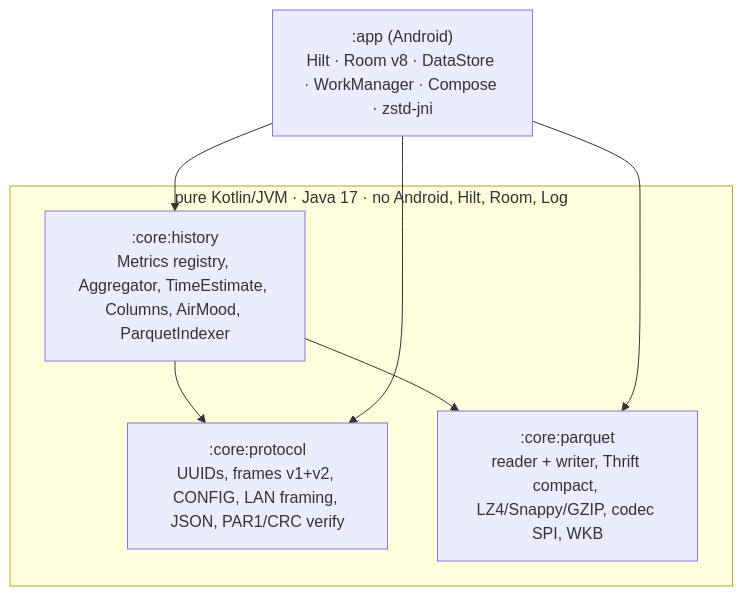
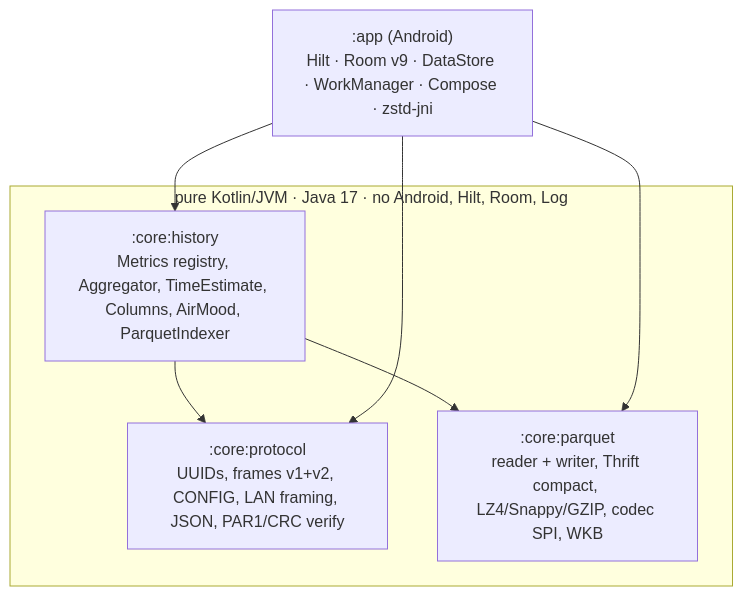
One commit to walkthru-earth/opensensor-space-mobile changed the first of 2 diagrams in docs/architecture.md. Above: the diagram before and after it, drawn with Mermaid. The commit also changed other lines of this file and 74 other files, not shown here.

````diff
--- a/docs/architecture.md
+++ b/docs/architecture.md
@@ -9,14 +9,14 @@
 ```mermaid
 flowchart TB
   subgraph pure["pure Kotlin/JVM · Java 17 · no Android, Hilt, Room, Log"]
     PR[":core:protocol<br/>UUIDs, frames v1+v2, CONFIG, LAN framing, JSON, PAR1/CRC verify"]
     PQ[":core:parquet<br/>reader + writer, Thrift compact, LZ4/Snappy/GZIP, codec SPI, WKB"]
     HI[":core:history<br/>Metrics registry, Aggregator, TimeEstimate, Columns, AirMood, ParquetIndexer"]
   end
-  APP[":app (Android)<br/>Hilt · Room v8 · DataStore · WorkManager · Compose · zstd-jni"]
+  APP[":app (Android)<br/>Hilt · Room v9 · DataStore · WorkManager · Compose · zstd-jni"]
   HI --> PQ
   HI --> PR
   APP --> HI
   APP --> PQ
   APP --> PR
 ```
````
